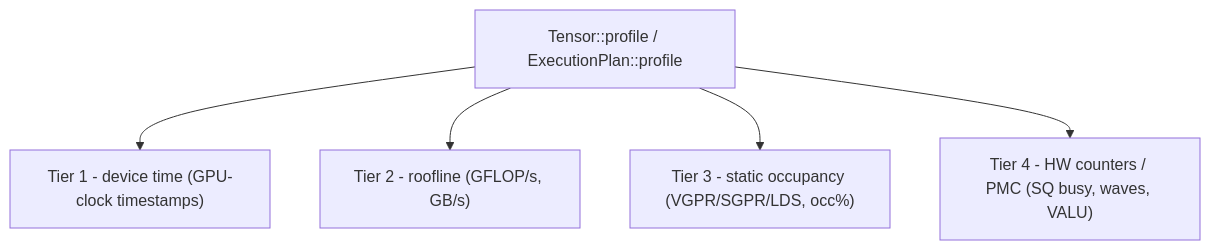
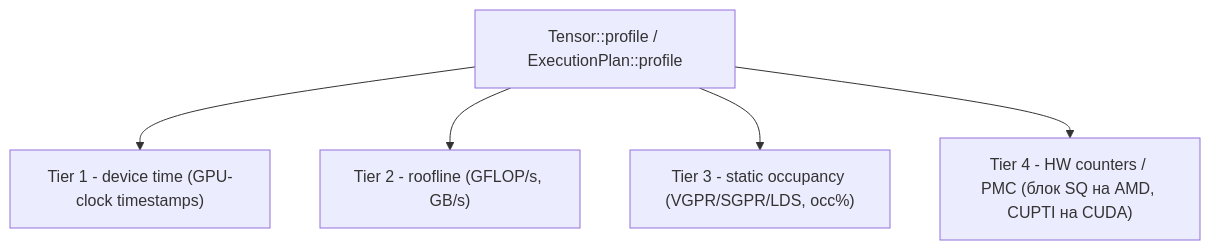
One commit to npatsakula/morok changed the diagram in website/i18n/ru/docusaurus-plugin-content-docs/current/tile-kernels/profiling.md. Above: the diagram before and after it, drawn with Mermaid. The commit also changed other lines of this file and 12 other files, not shown here.

First line of the commit message:
[*] docs: CUDA hardware counters, and a standalone CUPTI probe

````diff
--- a/website/i18n/ru/docusaurus-plugin-content-docs/current/tile-kernels/profiling.md
+++ b/website/i18n/ru/docusaurus-plugin-content-docs/current/tile-kernels/profiling.md
@@ -33,7 +33,7 @@
 ```mermaid
 flowchart TD
   P["Tensor::profile / ExecutionPlan::profile"] --> T1["Tier 1 - device time (GPU-clock timestamps)"]
   P --> T2["Tier 2 - roofline (GFLOP/s, GB/s)"]
   P --> T3["Tier 3 - static occupancy (VGPR/SGPR/LDS, occ%)"]
-  P --> T4["Tier 4 - HW counters / PMC (SQ busy, waves, VALU)"]
+  P --> T4["Tier 4 - HW counters / PMC (блок SQ на AMD, CUPTI на CUDA)"]
 ```
````
